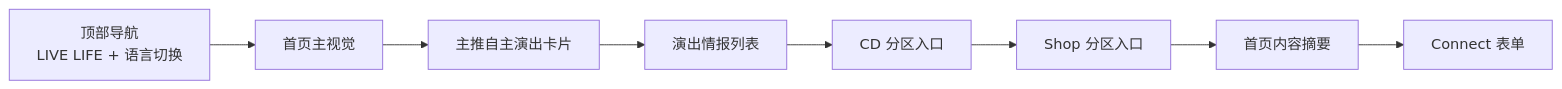
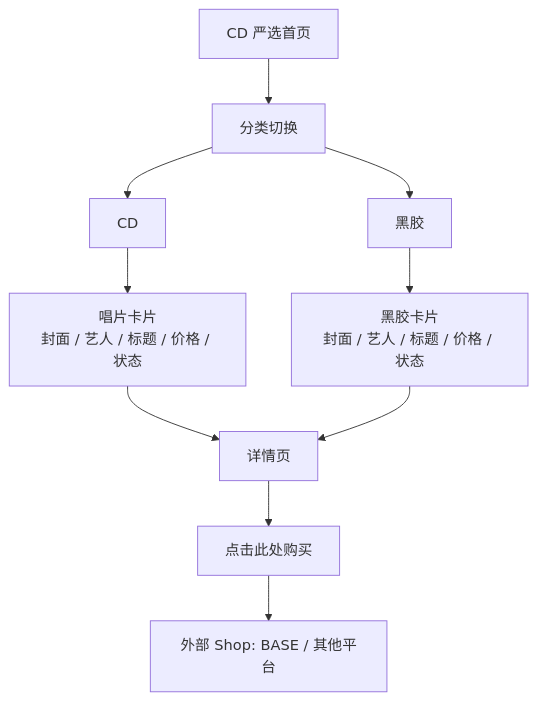
The second of 2 diagrams in docs/product-architecture-and-ui-approval.md (IchijikuJP/LIVE-LIFE), drawn with Mermaid before and after one commit. The commit also changed other lines of this file and 12 other files, not shown here.

Commit message:
调整 LIVE LIFE V2 信息架构与视觉

````diff
--- a/docs/product-architecture-and-ui-approval.md
+++ b/docs/product-architecture-and-ui-approval.md
@@ -48,10 +138,12 @@
 ```mermaid
-flowchart LR
-  Header["顶部导航<br/>LIVE LIFE + 语言切换"] --> Hero["首页主视觉"]
-  Hero --> OwnEvent["主推自主演出卡片"]
-  OwnEvent --> ShowsList["演出情报列表"]
-  ShowsList --> CDSection["CD 分区入口"]
-  CDSection --> ShopSection["Shop 分区入口"]
-  ShopSection --> Notes["首页内容摘要"]
-  Notes --> ConnectForm["Connect 表单"]
+flowchart TD
+  Curated["CD 严选首页"] --> Tabs["分类切换"]
+  Tabs --> CD["CD"]
+  Tabs --> Vinyl["黑胶"]
+  CD --> CDCard["唱片卡片<br/>封面 / 艺人 / 标题 / 价格 / 状态"]
+  Vinyl --> VinylCard["黑胶卡片<br/>封面 / 艺人 / 标题 / 价格 / 状态"]
+  CDCard --> Detail["详情页"]
+  VinylCard --> Detail
+  Detail --> Buy["点击此处购买"]
+  Buy --> BASE["外部 Shop: BASE / 其他平台"]
 ```
````
